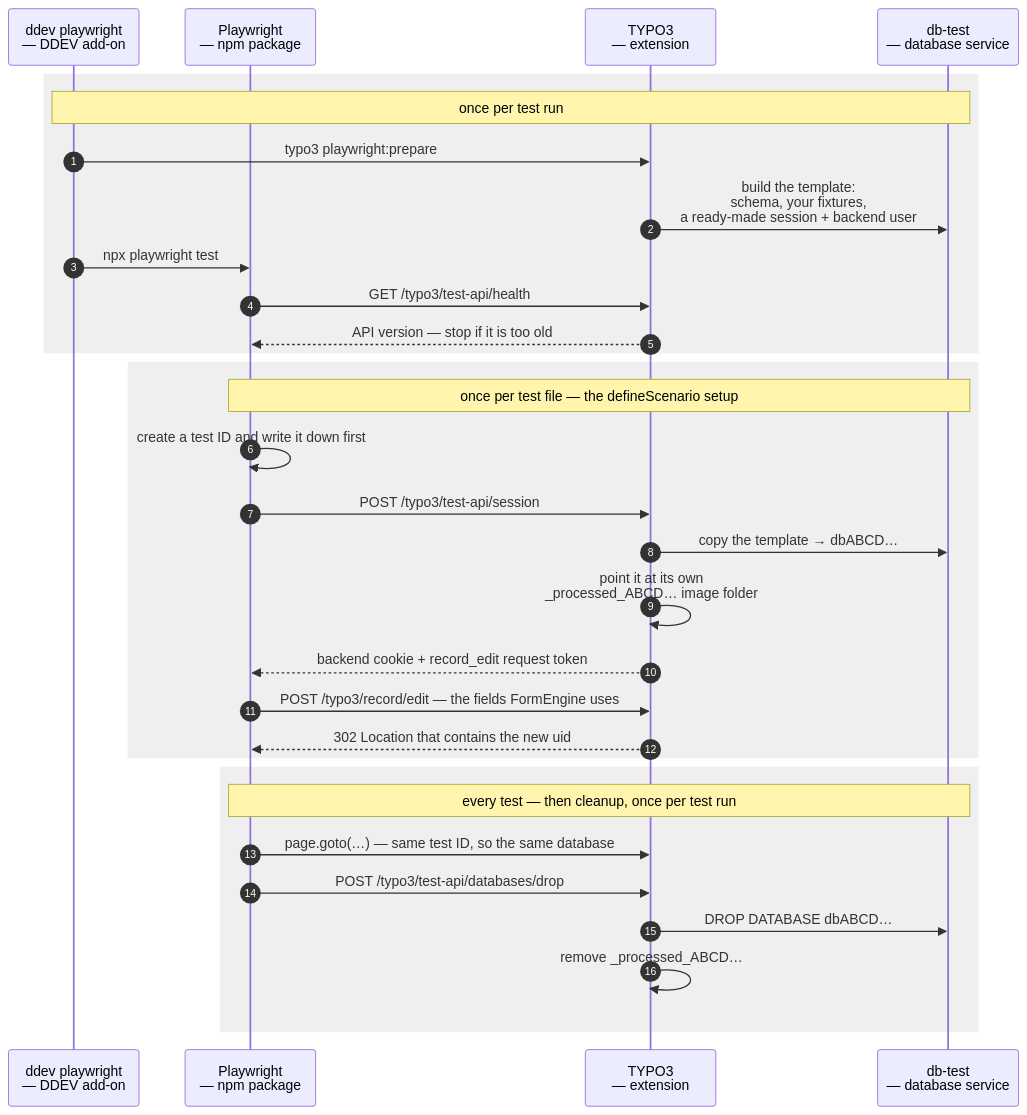
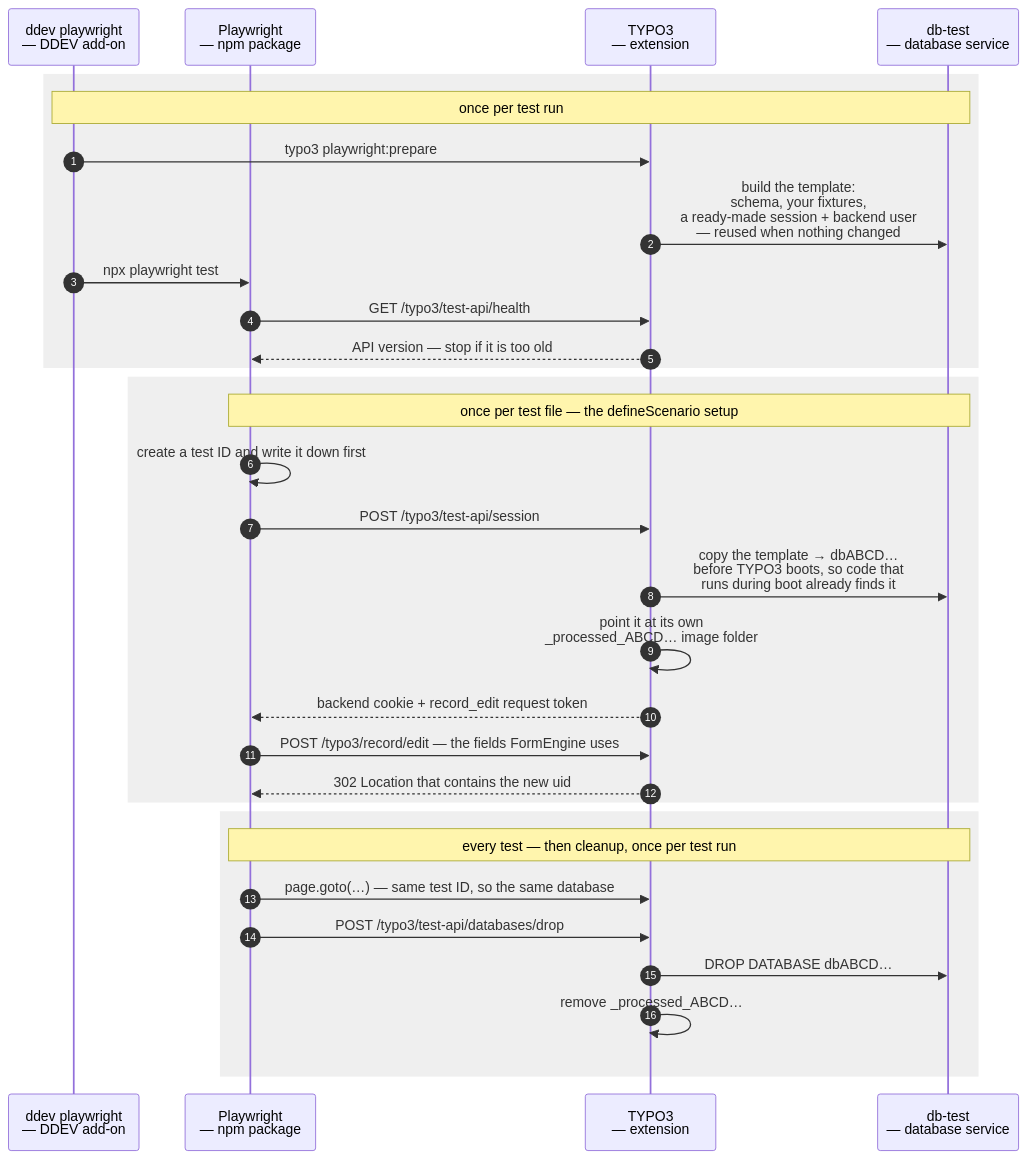
Before and after one commit to plan2net/typo3-playwright-toolkit: the second of 2 diagrams in README.md, drawn with Mermaid.

Commit message:
Note the reuse and the pre-boot copy in the flow diagram

````diff
--- a/README.md
+++ b/README.md
@@ -65,36 +65,36 @@
 ```mermaid
 sequenceDiagram
     autonumber
     participant CLI as ddev playwright<br>— DDEV add-on
     participant PW as Playwright<br>— npm package
     participant EXT as TYPO3<br>— extension
     participant DB as db-test<br>— database service
 
     rect rgba(127,127,127,0.12)
         note over CLI,DB: once per test run
         CLI->>EXT: typo3 playwright:prepare
-        EXT->>DB: build the template:<br>schema, your fixtures,<br>a ready-made session + backend user
+        EXT->>DB: build the template:<br>schema, your fixtures,<br>a ready-made session + backend user<br>— reused when nothing changed
         CLI->>PW: npx playwright test
         PW->>EXT: GET /typo3/test-api/health
         EXT-->>PW: API version — stop if it is too old
     end
 
     rect rgba(127,127,127,0.12)
         note over PW,DB: once per test file — the defineScenario setup
         PW->>PW: create a test ID and write it down first
         PW->>EXT: POST /typo3/test-api/session
-        EXT->>DB: copy the template → dbABCD…
+        EXT->>DB: copy the template → dbABCD…<br>before TYPO3 boots, so code that<br>runs during boot already finds it
         EXT->>EXT: point it at its own<br>_processed_ABCD… image folder
         EXT-->>PW: backend cookie + record_edit request token
         PW->>EXT: POST /typo3/record/edit — the fields FormEngine uses
         EXT-->>PW: 302 Location that contains the new uid
     end
 
     rect rgba(127,127,127,0.12)
         note over PW,DB: every test — then cleanup, once per test run
         PW->>EXT: page.goto(…) — same test ID, so the same database
         PW->>EXT: POST /typo3/test-api/databases/drop
         EXT->>DB: DROP DATABASE dbABCD…
         EXT->>EXT: remove _processed_ABCD…
     end
 ```
````
